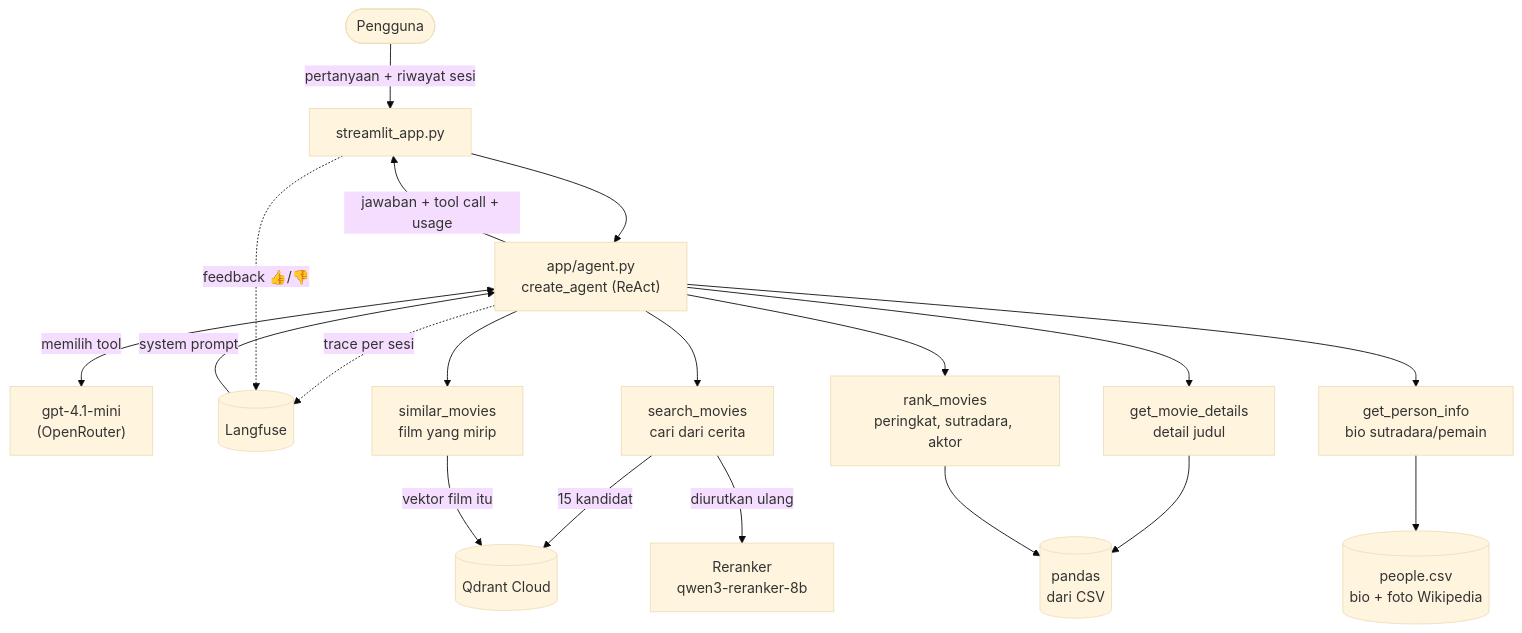
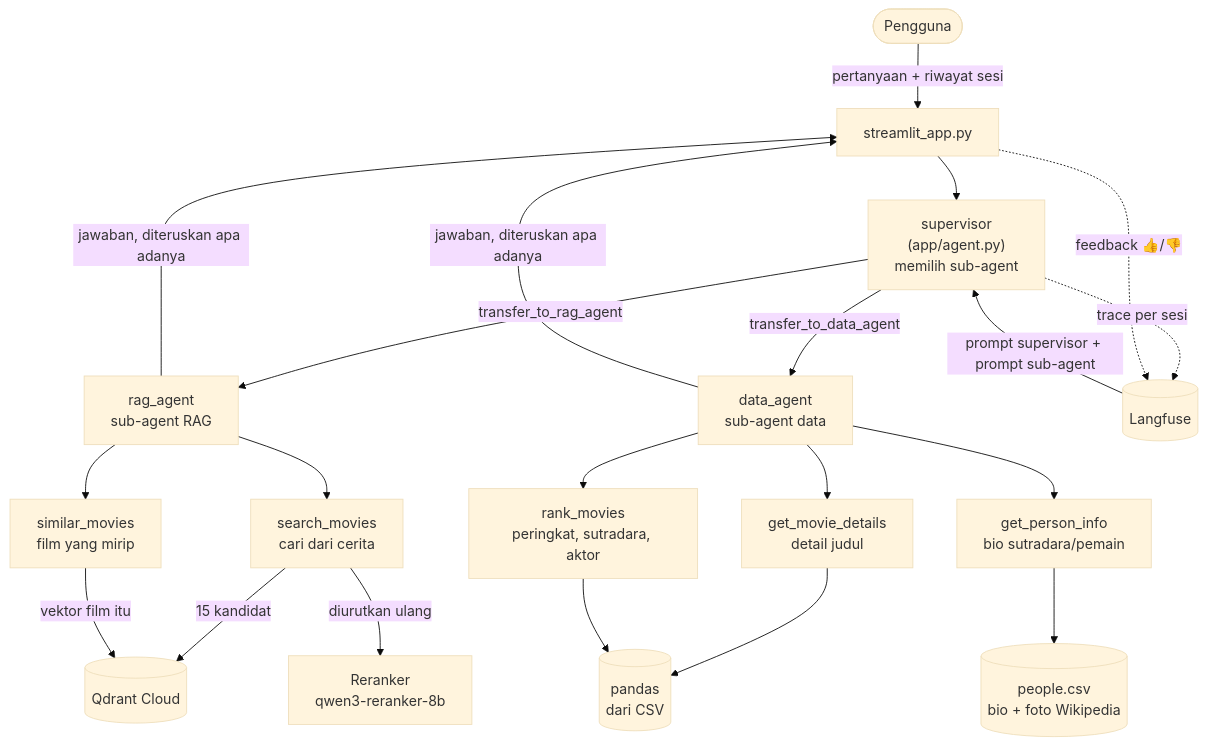
One commit to reinerrekado/purwadhika-capstone-3 changed the second of 2 diagrams in README.md. Above: the diagram before and after it, drawn with Mermaid (base theme). The commit also changed other lines of this file, not shown here.

Commit message:
docs: README menjelaskan arsitektur supervisor (K75)

````diff
--- a/README.md
+++ b/README.md
@@ -52,21 +52,22 @@
 ```mermaid
 flowchart TD
     U(["Pengguna"]) -->|pertanyaan + riwayat sesi| UI["streamlit_app.py"]
-    UI --> AG["app/agent.py<br/>create_agent (ReAct)"]
-    AG -->|jawaban + tool call + usage| UI
-    AG <-->|memilih tool| LLM["gpt-4.1-mini<br/>(OpenRouter)"]
-    LF[("Langfuse")] -->|system prompt| AG
-    AG -.->|trace per sesi| LF
+    UI --> SV["supervisor<br/>(app/agent.py)<br/>memilih sub-agent"]
+    SV -->|transfer_to_rag_agent| RA["rag_agent<br/>sub-agent RAG"]
+    SV -->|transfer_to_data_agent| DA["data_agent<br/>sub-agent data"]
+    RA & DA -->|jawaban, diteruskan apa adanya| UI
+    LF[("Langfuse")] -->|prompt supervisor + prompt sub-agent| SV
+    SV -.->|trace per sesi| LF
     UI -.->|feedback 👍/👎| LF
-    AG --> T1["search_movies<br/>cari dari cerita"]
-    AG --> T2["similar_movies<br/>film yang mirip"]
-    AG --> T3["get_movie_details<br/>detail judul"]
-    AG --> T4["rank_movies<br/>peringkat, sutradara, aktor"]
-    AG --> T5["get_person_info<br/>bio sutradara/pemain"]
+    RA --> T1["search_movies<br/>cari dari cerita"]
+    RA --> T2["similar_movies<br/>film yang mirip"]
+    DA --> T3["get_movie_details<br/>detail judul"]
+    DA --> T4["rank_movies<br/>peringkat, sutradara, aktor"]
+    DA --> T5["get_person_info<br/>bio sutradara/pemain"]
     T1 -->|15 kandidat| QD[("Qdrant Cloud")]
     T1 -->|diurutkan ulang| RR["Reranker<br/>qwen3-reranker-8b"]
     T2 -->|vektor film itu| QD
     T3 --> DF[("pandas<br/>dari CSV")]
     T4 --> DF
     T5 --> PP[("people.csv<br/>bio + foto Wikipedia")]
 ```
````
